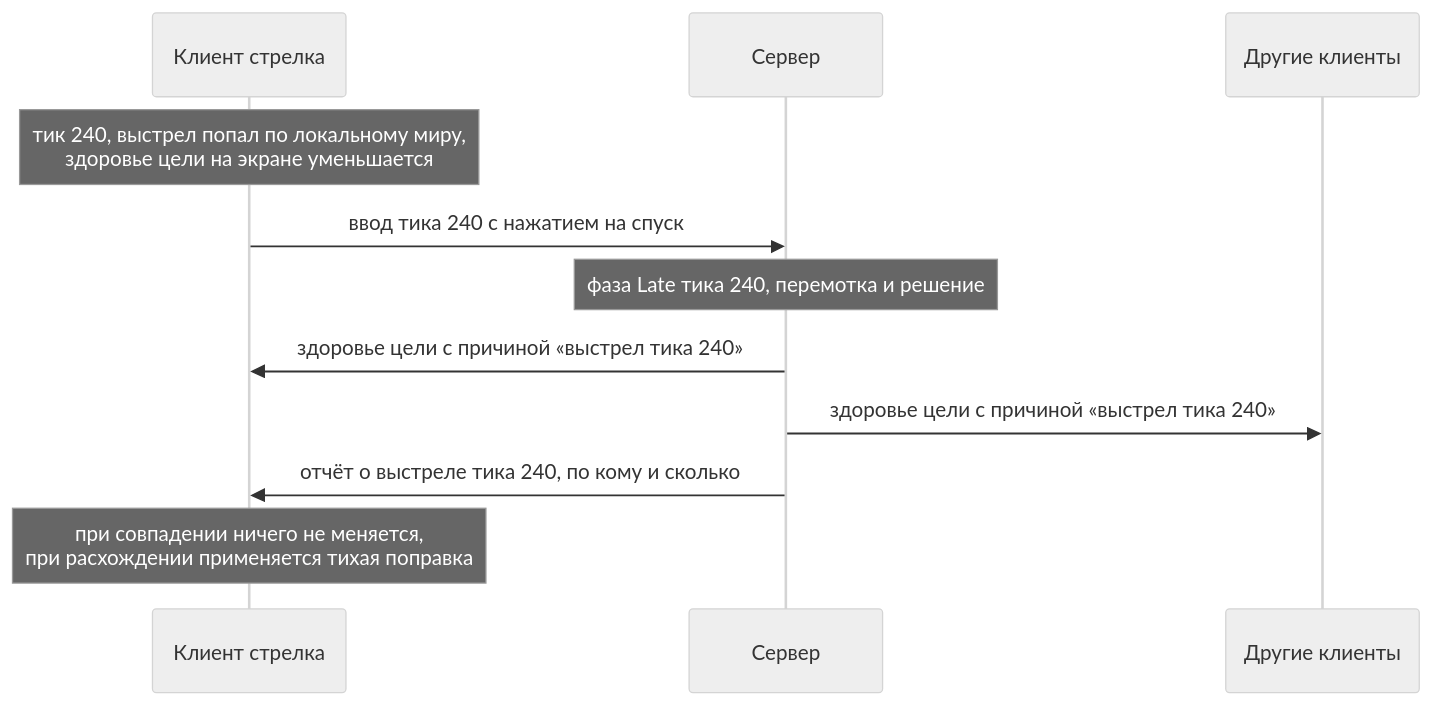
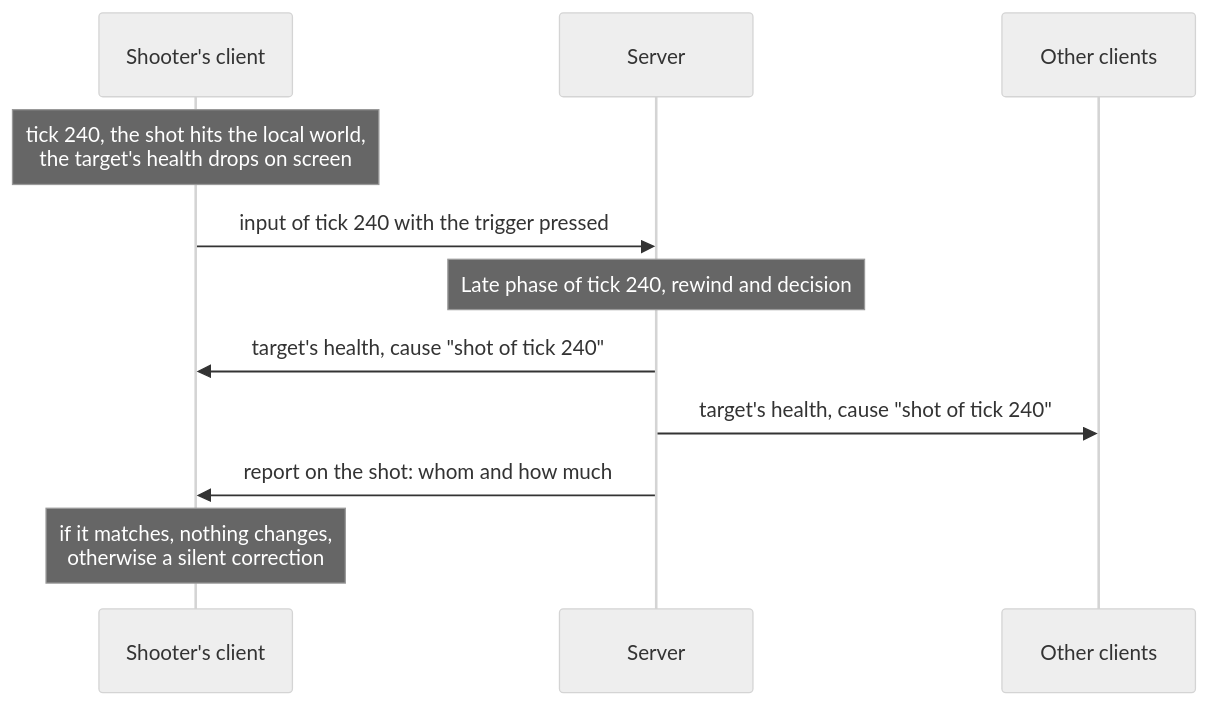
Before and after one commit to pndte/match-please: the sixth of 8 diagrams in README.md, drawn with Mermaid (neutral theme). The commit also changed other lines of this file, not shown here.

````diff
--- a/README.md
+++ b/README.md
@@ -653,13 +542,13 @@
 ```mermaid
 sequenceDiagram
-    participant A as Клиент стрелка
-    participant S as Сервер
-    participant O as Другие клиенты
-    Note over A: тик 240, выстрел попал по локальному миру,<br/>здоровье цели на экране уменьшается
-    A->>S: ввод тика 240 с нажатием на спуск
-    Note over S: фаза Late тика 240, перемотка и решение
-    S->>A: здоровье цели с причиной «выстрел тика 240»
-    S->>O: здоровье цели с причиной «выстрел тика 240»
-    S->>A: отчёт о выстреле тика 240, по кому и сколько
-    Note over A: при совпадении ничего не меняется,<br/>при расхождении применяется тихая поправка
+    participant A as Shooter's client
+    participant S as Server
+    participant O as Other clients
+    Note over A: tick 240, the shot hits the local world,<br/>the target's health drops on screen
+    A->>S: input of tick 240 with the trigger pressed
+    Note over S: Late phase of tick 240, rewind and decision
+    S->>A: target's health, cause "shot of tick 240"
+    S->>O: target's health, cause "shot of tick 240"
+    S->>A: report on the shot: whom and how much
+    Note over A: if it matches, nothing changes,<br/>otherwise a silent correction
 ```
````
